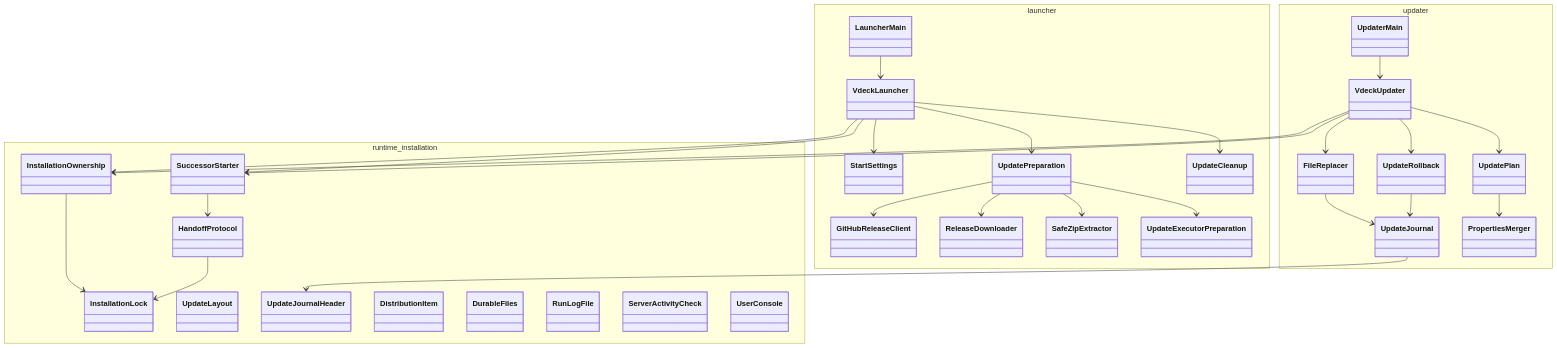
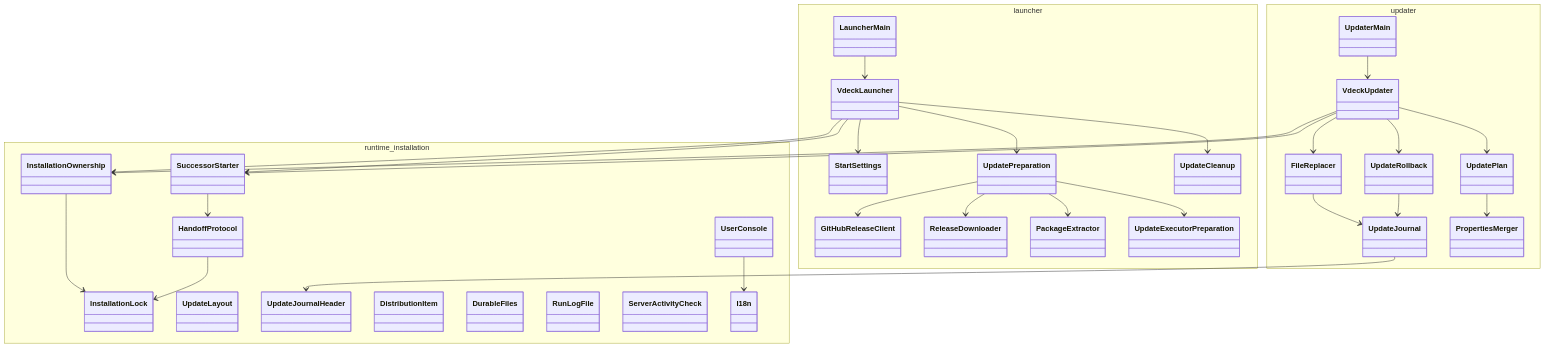
Before and after one commit to Pplociennik/vDeck: the diagram in dokumentacja/diagramy/wspolne/klasy-aktualizacja.mmd, drawn with Mermaid. The commit also changed 35 other files, not shown here.

```diff
--- a/dokumentacja/diagramy/wspolne/klasy-aktualizacja.mmd
+++ b/dokumentacja/diagramy/wspolne/klasy-aktualizacja.mmd
@@ -1,63 +1,65 @@
 %% Diagram klas: moduły launchera, updatera i wspólny kontrakt instalacji
 classDiagram
     direction TB
 
     namespace runtime_installation {
         class InstallationLock
         class InstallationOwnership
         class HandoffProtocol
         class SuccessorStarter
         class UpdateLayout
         class UpdateJournalHeader
         class DistributionItem
         class DurableFiles
         class RunLogFile
         class ServerActivityCheck
         class UserConsole
+        class I18n
     }
 
     namespace launcher {
         class LauncherMain
         class VdeckLauncher
         class StartSettings
         class UpdatePreparation
         class GitHubReleaseClient
         class ReleaseDownloader
-        class SafeZipExtractor
+        class PackageExtractor
         class UpdateExecutorPreparation
         class UpdateCleanup
     }
 
     namespace updater {
         class UpdaterMain
         class VdeckUpdater
         class UpdatePlan
         class UpdateJournal
         class FileReplacer
         class UpdateRollback
         class PropertiesMerger
     }
 
     LauncherMain --> VdeckLauncher
     VdeckLauncher --> StartSettings
     VdeckLauncher --> UpdatePreparation
     VdeckLauncher --> UpdateCleanup
     VdeckLauncher --> SuccessorStarter
     VdeckLauncher --> InstallationOwnership
     UpdatePreparation --> GitHubReleaseClient
     UpdatePreparation --> ReleaseDownloader
-    UpdatePreparation --> SafeZipExtractor
+    UpdatePreparation --> PackageExtractor
     UpdatePreparation --> UpdateExecutorPreparation
     UpdaterMain --> VdeckUpdater
     VdeckUpdater --> UpdatePlan
     VdeckUpdater --> FileReplacer
     VdeckUpdater --> UpdateRollback
     VdeckUpdater --> SuccessorStarter
     VdeckUpdater --> InstallationOwnership
     UpdatePlan --> PropertiesMerger
     FileReplacer --> UpdateJournal
     UpdateRollback --> UpdateJournal
     UpdateJournal --> UpdateJournalHeader
     SuccessorStarter --> HandoffProtocol
     InstallationOwnership --> InstallationLock
     HandoffProtocol --> InstallationLock
+    UserConsole --> I18n
```
